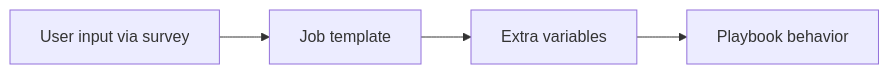
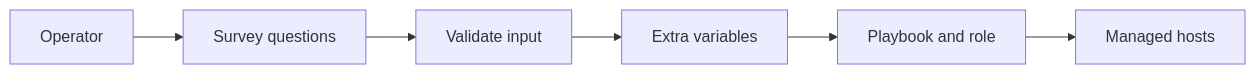
Before and after one commit to Ansible-workshop-ch/bootcamp: the seventh of 11 diagrams in module08/aap-inventories-surveys-troubleshooting.md, drawn with Mermaid. The commit also changed other lines of this file, not shown here.

````diff
--- a/module08/aap-inventories-surveys-troubleshooting.md
+++ b/module08/aap-inventories-surveys-troubleshooting.md
@@ -39,6 +730,8 @@
-```mermaid
+```mermaid id="objl9z"
 flowchart LR
-    U[User input via survey] --> J[Job template]
-    J --> V[Extra variables]
-    V --> PB[Playbook behavior]
+    USER[Operator] --> QUESTIONS[Survey questions]
+    QUESTIONS --> VALIDATE[Validate input]
+    VALIDATE --> EXTRAVARS[Extra variables]
+    EXTRAVARS --> PLAYBOOK[Playbook and role]
+    PLAYBOOK --> HOSTS[Managed hosts]
 ```
````
